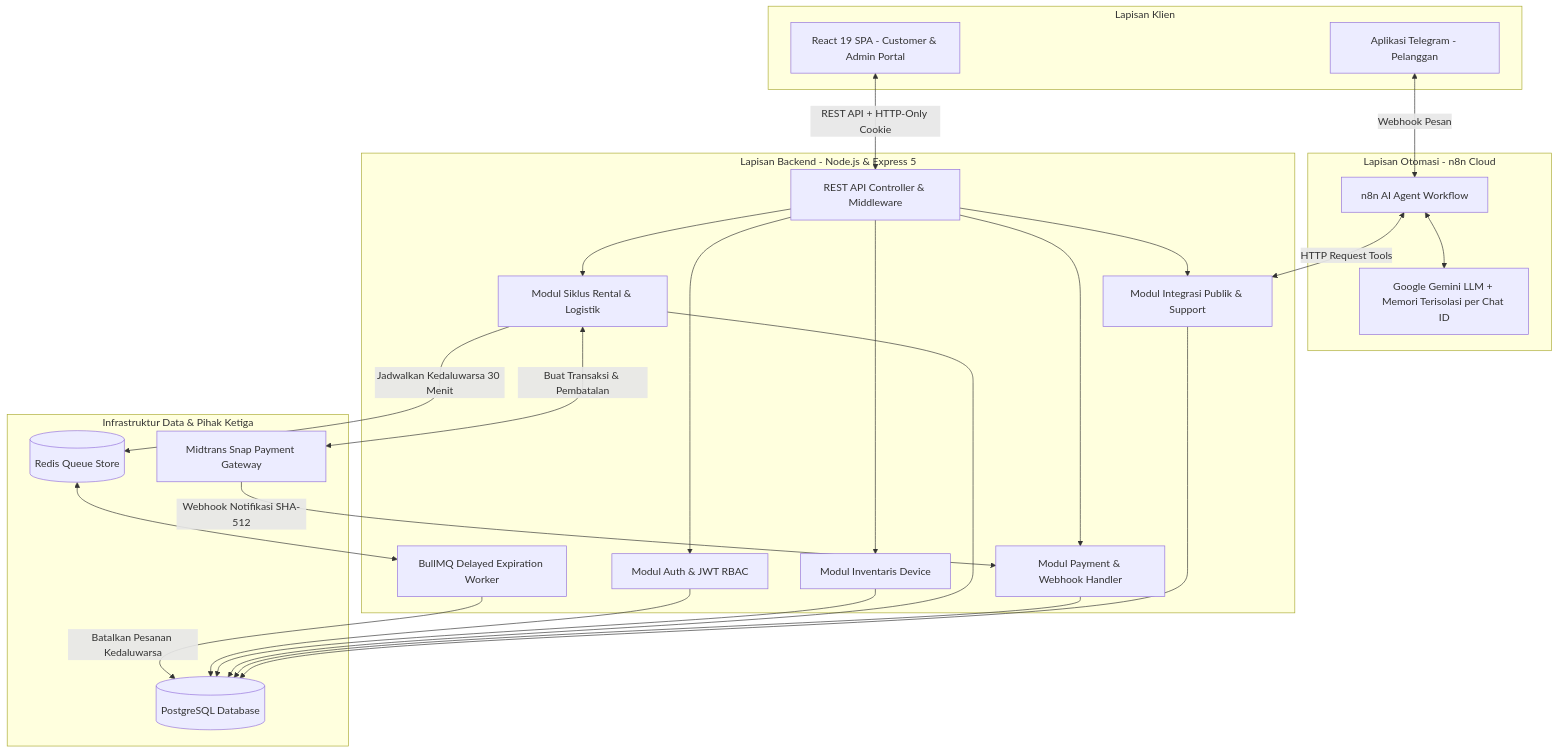
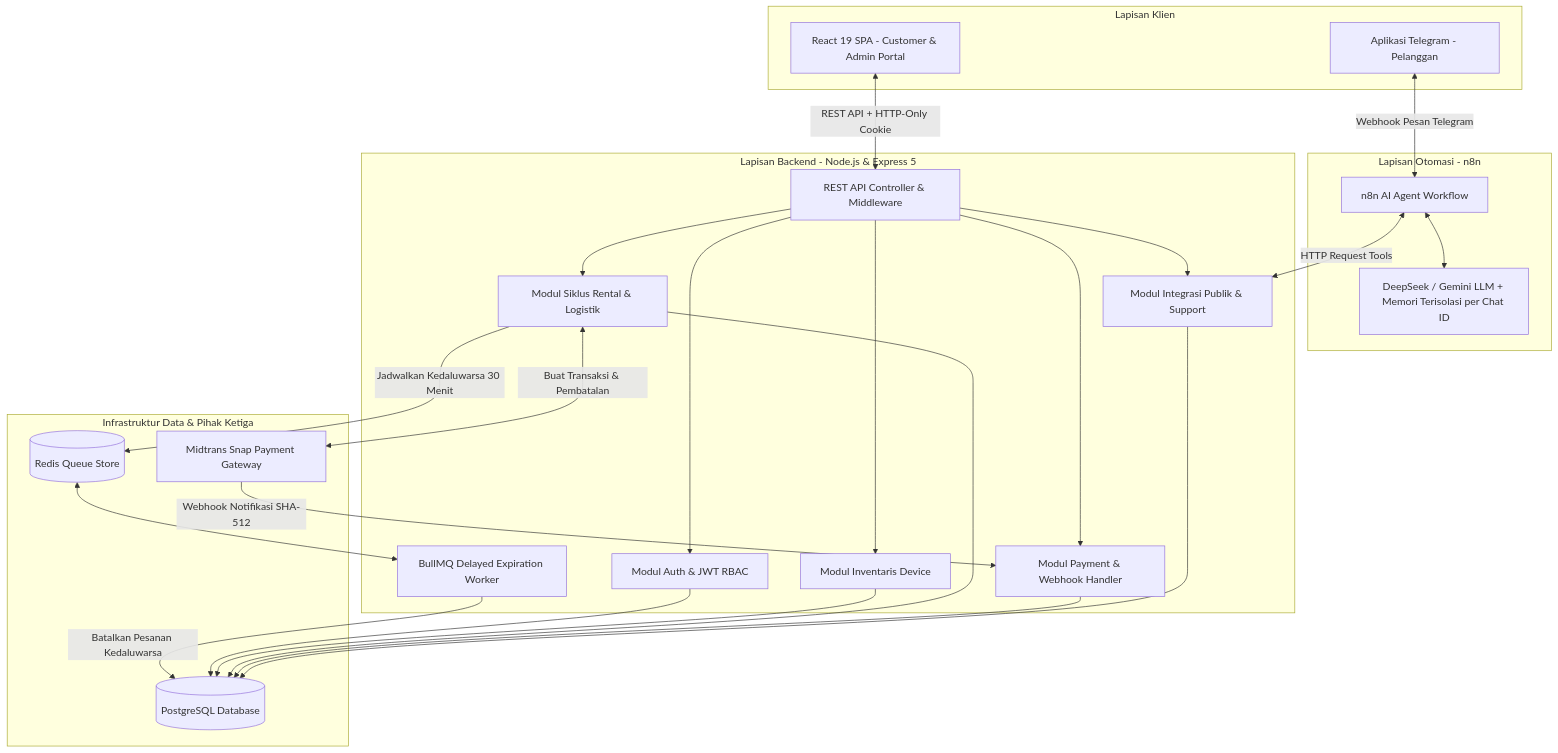
One commit to hermawanhantanto/JavaMifiOps changed the diagram in README.md. Above: the diagram before and after it, drawn with Mermaid. The commit also changed other lines of this file and 11 other files, not shown here.

````diff
--- a/README.md
+++ b/README.md
@@ -25,44 +97,44 @@
 ```mermaid
 flowchart TB
     subgraph Client_Layer [Lapisan Klien]
         Web[React 19 SPA - Customer & Admin Portal]
         TG[Aplikasi Telegram - Pelanggan]
     end
 
-    subgraph Automation_Layer [Lapisan Otomasi - n8n Cloud]
+    subgraph Automation_Layer [Lapisan Otomasi - n8n]
         n8n[n8n AI Agent Workflow]
-        LLM[Google Gemini LLM + Memori Terisolasi per Chat ID]
+        LLM[DeepSeek / Gemini LLM + Memori Terisolasi per Chat ID]
         n8n <--> LLM
     end
 
     subgraph Backend_Layer [Lapisan Backend - Node.js & Express 5]
         API[REST API Controller & Middleware]
         AuthMod[Modul Auth & JWT RBAC]
         DeviceMod[Modul Inventaris Device]
         RentalMod[Modul Siklus Rental & Logistik]
         PaymentMod[Modul Payment & Webhook Handler]
         PublicMod[Modul Integrasi Publik & Support]
         Worker[BullMQ Delayed Expiration Worker]
     end
 
     subgraph Data_And_External [Infrastruktur Data & Pihak Ketiga]
         PG[(PostgreSQL Database)]
         Redis[(Redis Queue Store)]
         Midtrans[Midtrans Snap Payment Gateway]
     end
 
     Web <-->|REST API + HTTP-Only Cookie| API
-    TG <-->|Webhook Pesan| n8n
+    TG <-->|Webhook Pesan Telegram| n8n
     n8n <-->|HTTP Request Tools| PublicMod
     API --> AuthMod
     API --> DeviceMod
     API --> RentalMod
     API --> PaymentMod
     API --> PublicMod
     RentalMod <-->|Buat Transaksi & Pembatalan| Midtrans
     Midtrans -->|Webhook Notifikasi SHA-512| PaymentMod
     RentalMod -->|Jadwalkan Kedaluwarsa 30 Menit| Redis
     Redis <--> Worker
     Worker -->|Batalkan Pesanan Kedaluwarsa| PG
     AuthMod & DeviceMod & RentalMod & PaymentMod & PublicMod --> PG
 ```
````
